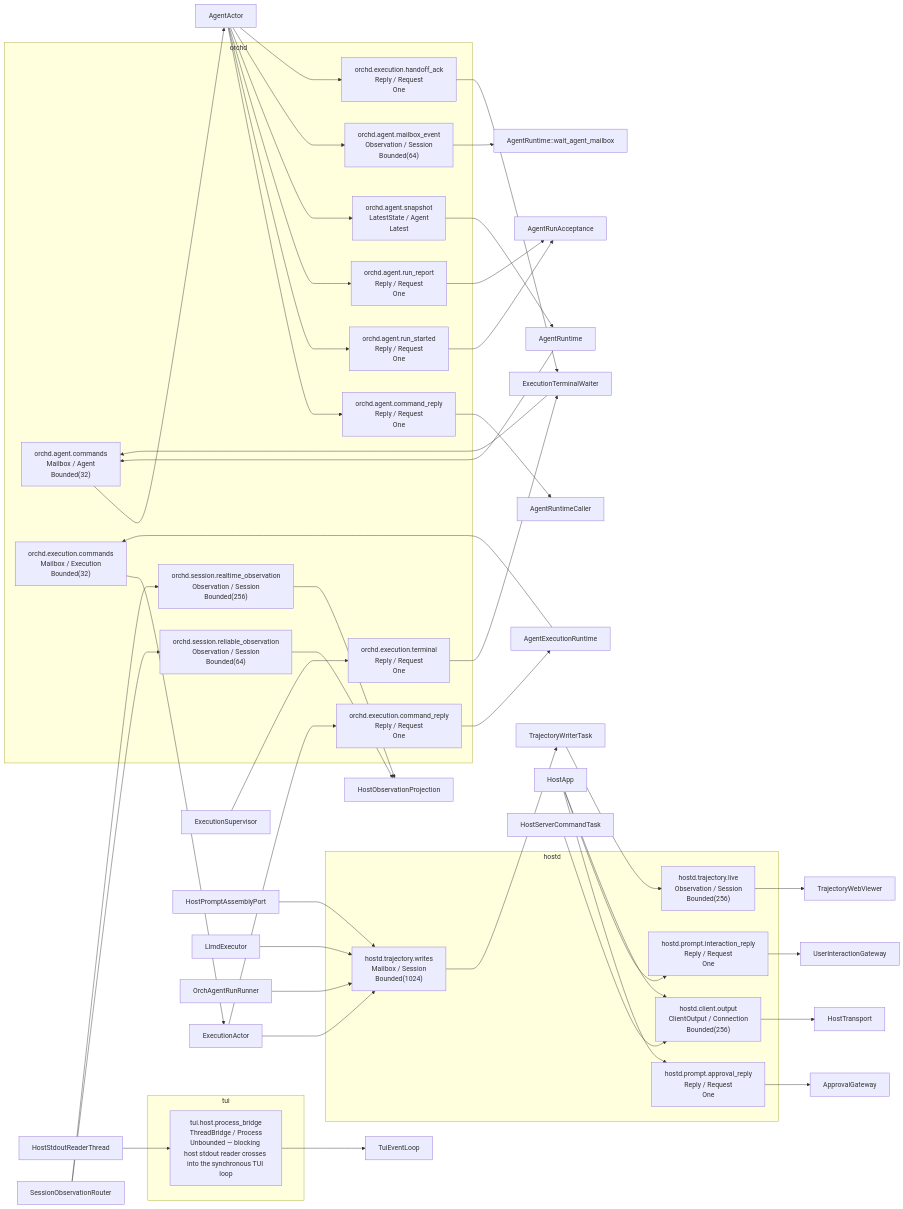
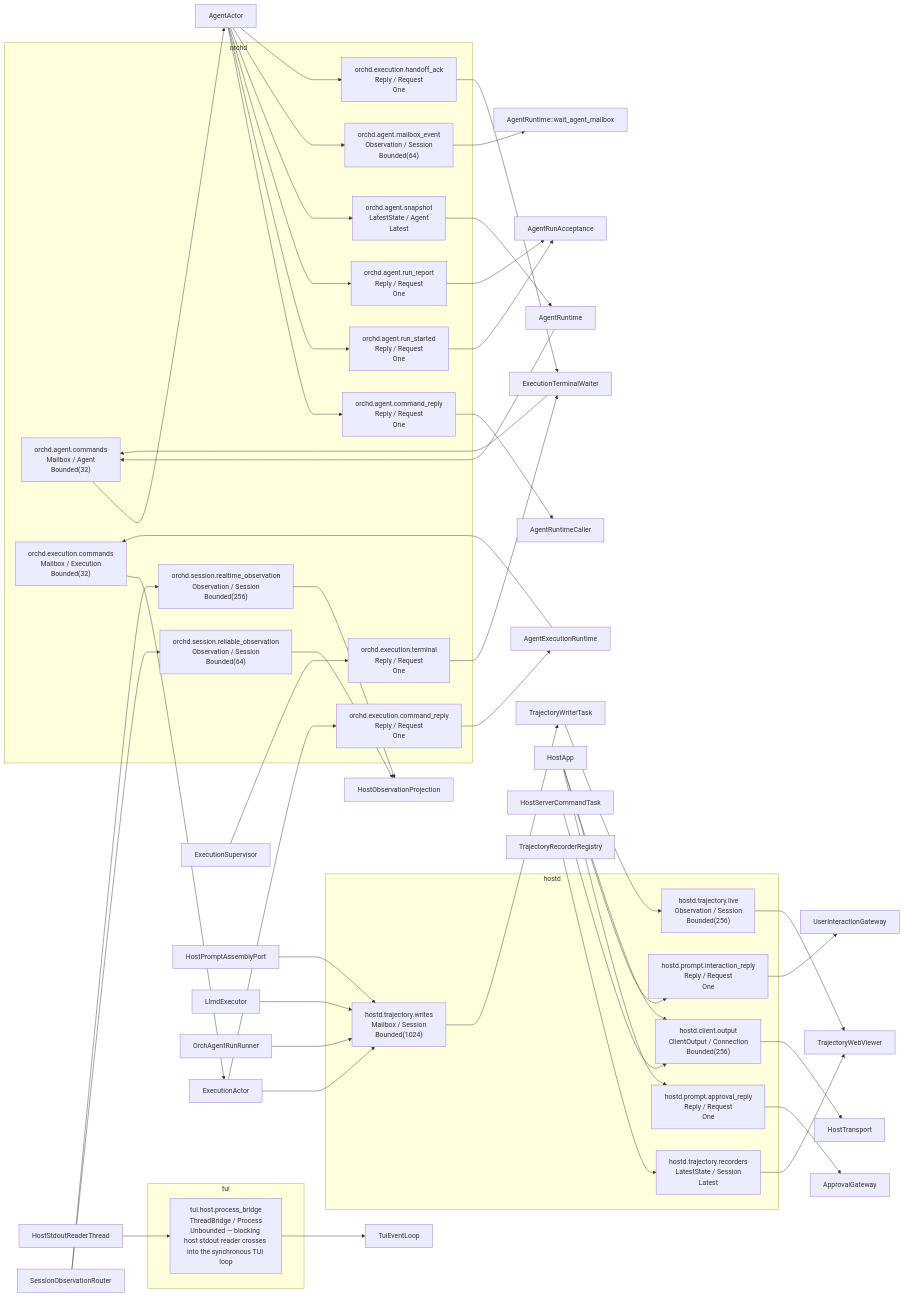
Before and after one commit to biuld/piko: the diagram in docs/generated/communication-topology.md, drawn with Mermaid. The commit also changed 18 other files, not shown here.

First line of the commit message:
feat(hostd,protocol,comms): trajectory viewer live updates track server state (F-36/D-50)

````diff
--- a/docs/generated/communication-topology.md
+++ b/docs/generated/communication-topology.md
@@ -10,6 +10,7 @@
         nhostd_client_output["hostd.client.output<br/>ClientOutput / Connection<br/>Bounded(256)"]
         nhostd_trajectory_writes["hostd.trajectory.writes<br/>Mailbox / Session<br/>Bounded(1024)"]
         nhostd_trajectory_live["hostd.trajectory.live<br/>Observation / Session<br/>Bounded(256)"]
+        nhostd_trajectory_recorders["hostd.trajectory.recorders<br/>LatestState / Session<br/>Latest"]
     end
     subgraph orchd["orchd"]
         norchd_agent_commands["orchd.agent.commands<br/>Mailbox / Agent<br/>Bounded(32)"]
@@ -47,6 +48,7 @@
     ncomponent_LlmdExecutor["LlmdExecutor"]
     ncomponent_OrchAgentRunRunner["OrchAgentRunRunner"]
     ncomponent_SessionObservationRouter["SessionObservationRouter"]
+    ncomponent_TrajectoryRecorderRegistry["TrajectoryRecorderRegistry"]
     ncomponent_TrajectoryWebViewer["TrajectoryWebViewer"]
     ncomponent_TrajectoryWriterTask["TrajectoryWriterTask"]
     ncomponent_TuiEventLoop["TuiEventLoop"]
@@ -92,4 +94,6 @@
     nhostd_trajectory_writes --> ncomponent_TrajectoryWriterTask
     ncomponent_TrajectoryWriterTask --> nhostd_trajectory_live
     nhostd_trajectory_live --> ncomponent_TrajectoryWebViewer
+    ncomponent_TrajectoryRecorderRegistry --> nhostd_trajectory_recorders
+    nhostd_trajectory_recorders --> ncomponent_TrajectoryWebViewer
 ```
````
